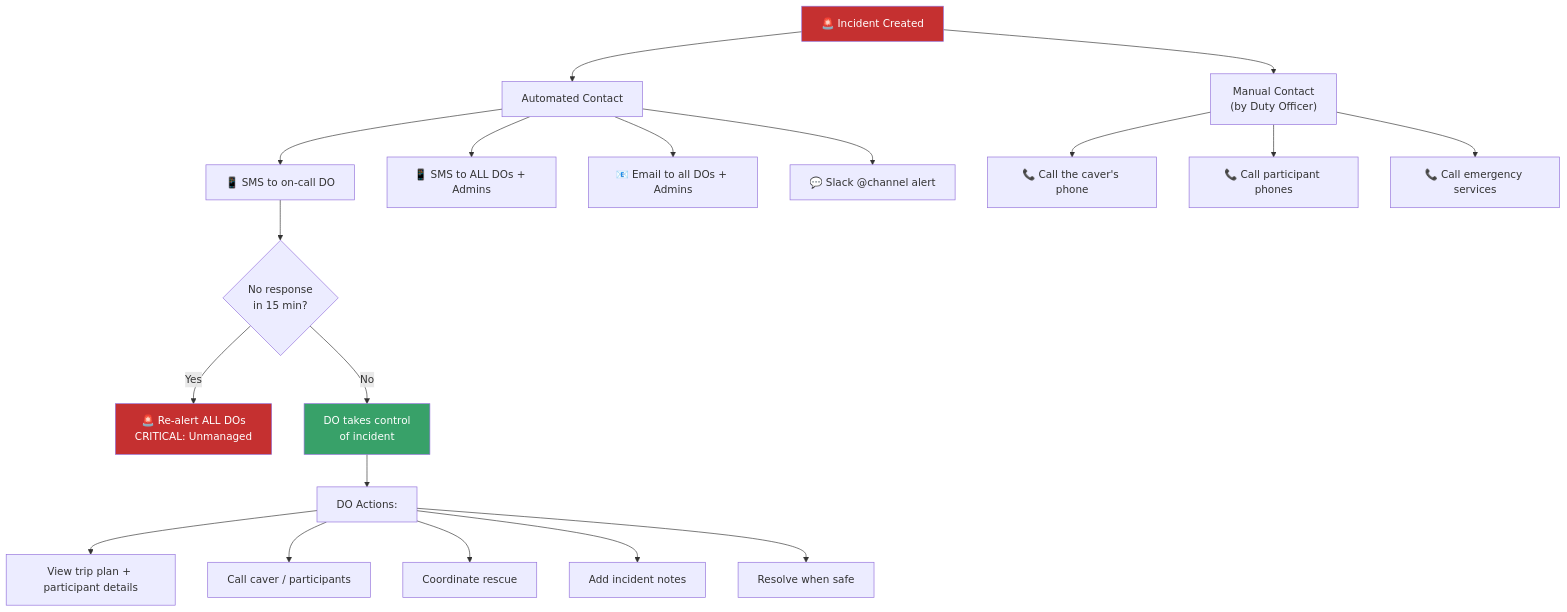
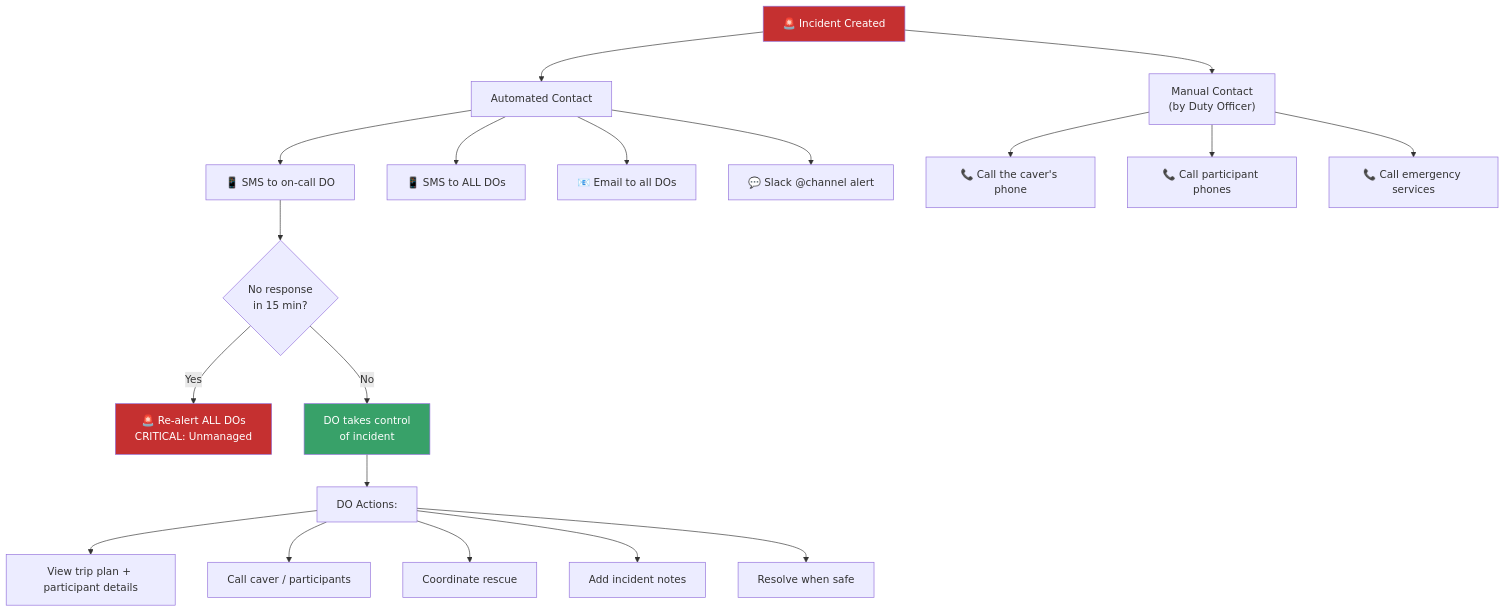
The seventh of 8 diagrams in docs/callout-system.md (paperclipmonkey/subterra), drawn with Mermaid before and after one commit. The commit also changed other lines of this file and 6 other files, not shown here.

````diff
--- a/docs/callout-system.md
+++ b/docs/callout-system.md
@@ -273,28 +268,28 @@
 ```mermaid
 flowchart TD
     Trigger["🚨 Incident Created"] --> Auto["Automated Contact"]
     Auto --> SMS1["📱 SMS to on-call DO"]
-    Auto --> SMS2["📱 SMS to ALL DOs + Admins"]
-    Auto --> Email1["📧 Email to all DOs + Admins"]
+    Auto --> SMS2["📱 SMS to ALL DOs"]
+    Auto --> Email1["📧 Email to all DOs"]
     Auto --> Slack1["💬 Slack @channel alert"]
 
     Trigger --> Manual["Manual Contact<br/>(by Duty Officer)"]
     Manual --> Call1["📞 Call the caver's phone"]
     Manual --> Call2["📞 Call participant phones"]
     Manual --> Call3["📞 Call emergency services"]
 
     SMS1 --> Escalate{"No response<br/>in 15 min?"}
     Escalate -->|Yes| ReAlert["🚨 Re-alert ALL DOs<br/>CRITICAL: Unmanaged"]
     Escalate -->|No| TakeControl["DO takes control<br/>of incident"]
 
     TakeControl --> DOActions["DO Actions:"]
     DOActions --> Action1["View trip plan + participant details"]
     DOActions --> Action2["Call caver / participants"]
     DOActions --> Action3["Coordinate rescue"]
     DOActions --> Action4["Add incident notes"]
     DOActions --> Action5["Resolve when safe"]
 
     style Trigger fill:#c53030,color:#fff
     style ReAlert fill:#c53030,color:#fff
     style TakeControl fill:#38a169,color:#fff
 ```
````
